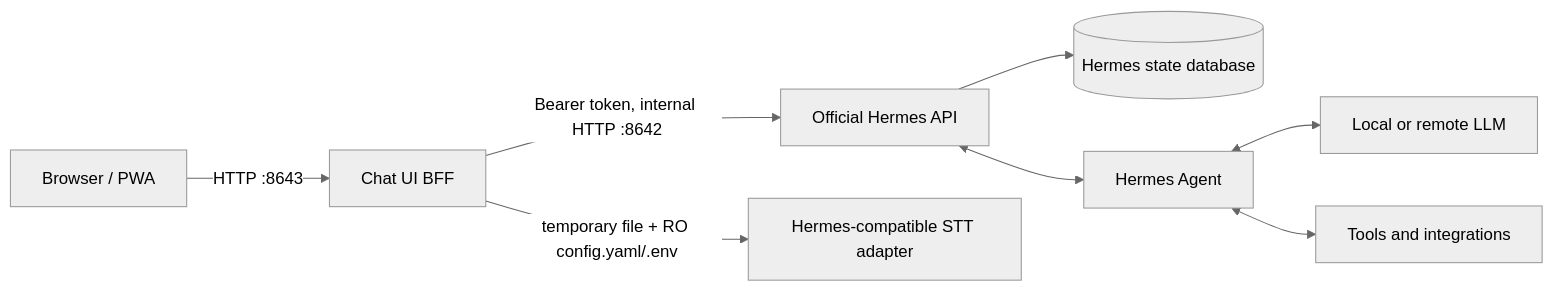
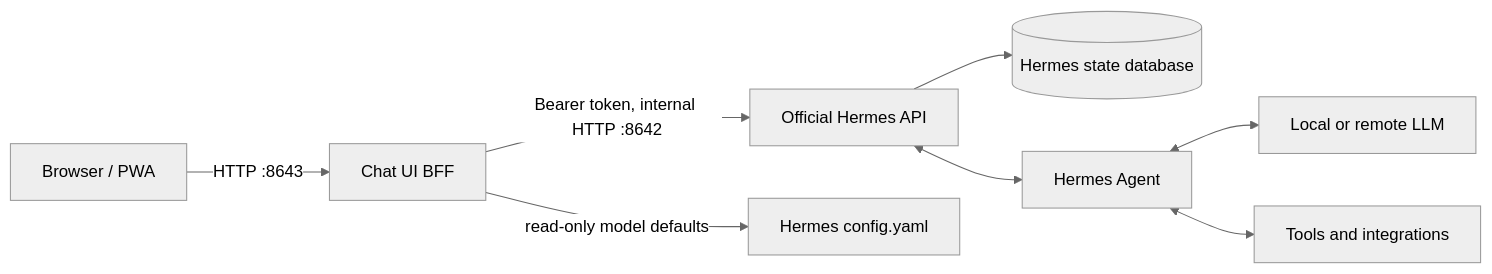
The diagram in README.md (lukegskw/hermes-chat-ui), drawn with Mermaid (neutral theme) before and after one commit. The commit also changed other lines of this file and 34 other files, not shown here.

````diff
--- a/README.md
+++ b/README.md
@@ -54,10 +53,10 @@
 ```mermaid
 graph LR
     Browser[Browser / PWA] -->|HTTP :8643| Proxy[Chat UI BFF]
     Proxy -->|Bearer token, internal HTTP :8642| API[Official Hermes API]
-    Proxy -->|temporary file + RO config.yaml/.env| STT[Hermes-compatible STT adapter]
+    Proxy -->|read-only model defaults| Config[Hermes config.yaml]
     API --> DB[(Hermes state database)]
     API <--> Agent[Hermes Agent]
     Agent <--> LLM[Local or remote LLM]
     Agent <--> Tools[Tools and integrations]
 ```
````
